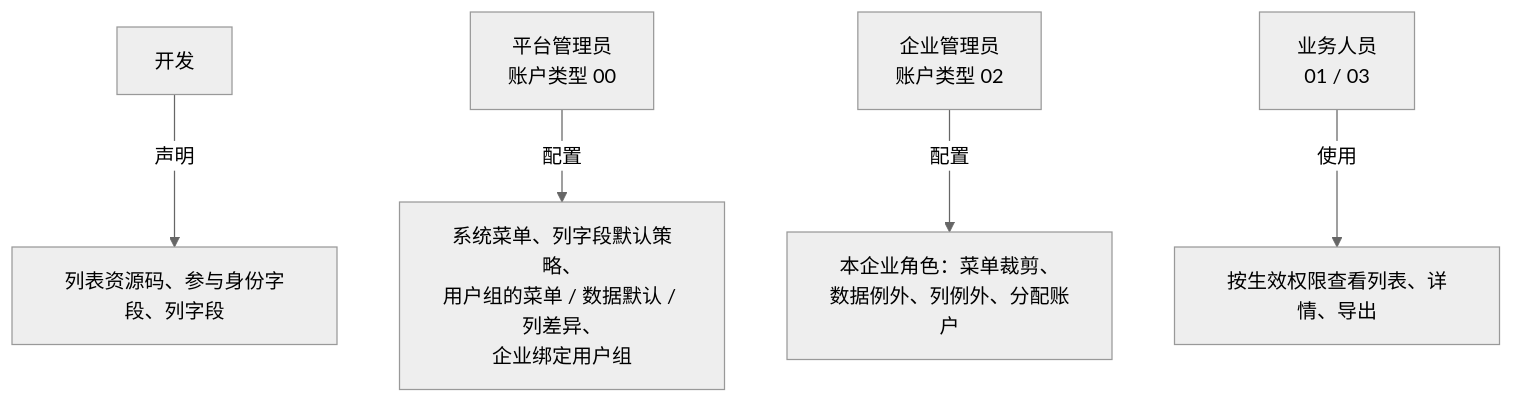
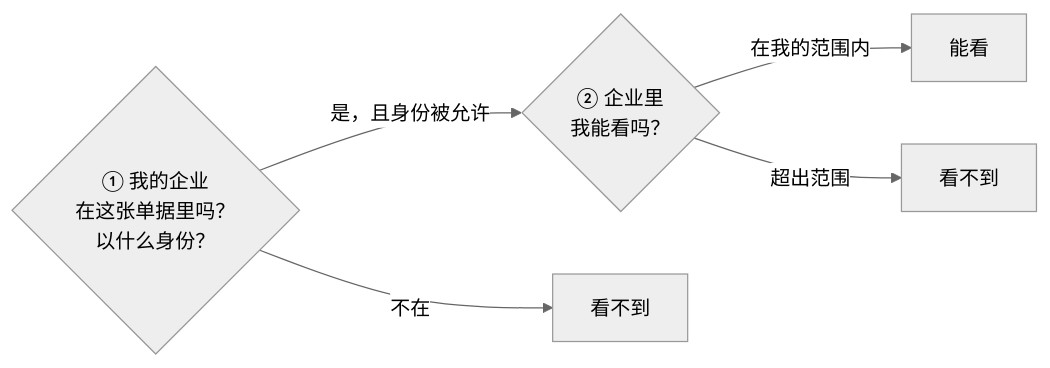
Before and after one commit to duuu233/project-hub: the first of 4 diagrams in private/qianrong_权限系统产品设计与数据权限过滤全景方案.md, drawn with Mermaid (neutral theme). The commit also changed other lines of this file and 1 other file, not shown here.

````diff
--- a/private/qianrong_权限系统产品设计与数据权限过滤全景方案.md
+++ b/private/qianrong_权限系统产品设计与数据权限过滤全景方案.md
@@ -103,7 +13,7 @@
 ```mermaid
-flowchart TB
-    DEV["开发"] -->|"声明"| A1["列表资源码、参与身份字段、列字段"]
-    PA["平台管理员<br/>账户类型 00"] -->|"配置"| A2["系统菜单、列字段默认策略、<br/>用户组的菜单 / 数据默认 / 列差异、<br/>企业绑定用户组"]
-    EA["企业管理员<br/>账户类型 02"] -->|"配置"| A3["本企业角色：菜单裁剪、<br/>数据例外、列例外、分配账户"]
-    BU["业务人员<br/>01 / 03"] -->|"使用"| A4["按生效权限查看列表、详情、导出"]
+flowchart LR
+    Q1{"① 我的企业<br/>在这张单据里吗？<br/>以什么身份？"} -->|"是，且身份被允许"| Q2{"② 企业里<br/>我能看吗？"}
+    Q1 -->|"不在"| N1["看不到"]
+    Q2 -->|"在我的范围内"| Y["能看"]
+    Q2 -->|"超出范围"| N2["看不到"]
 ```
````
